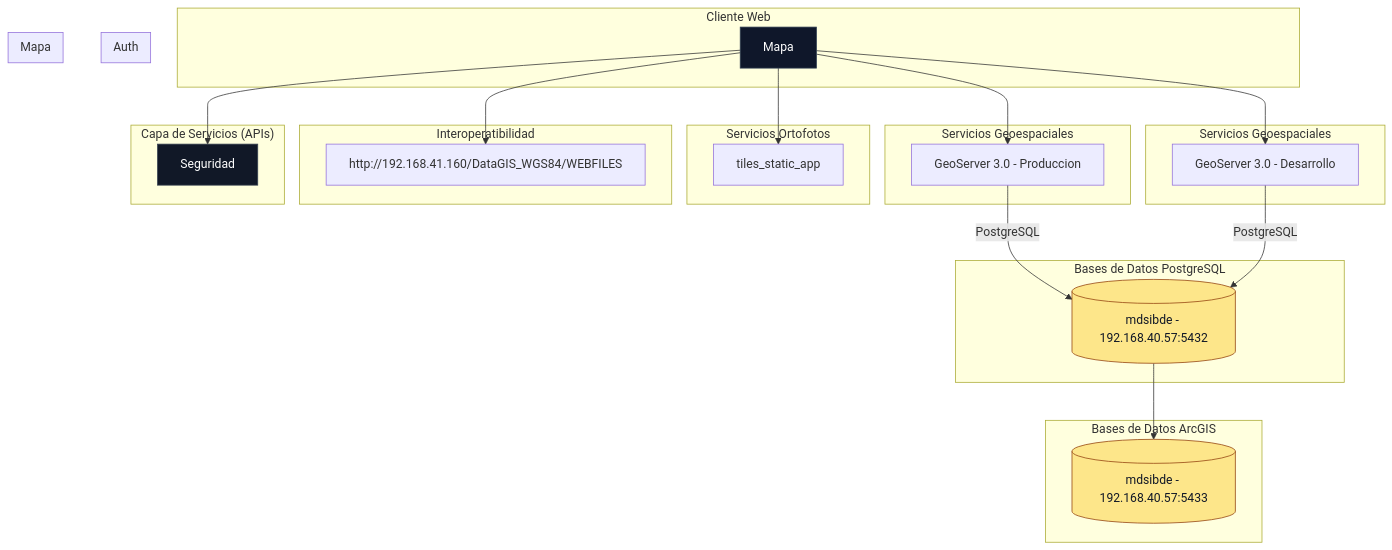
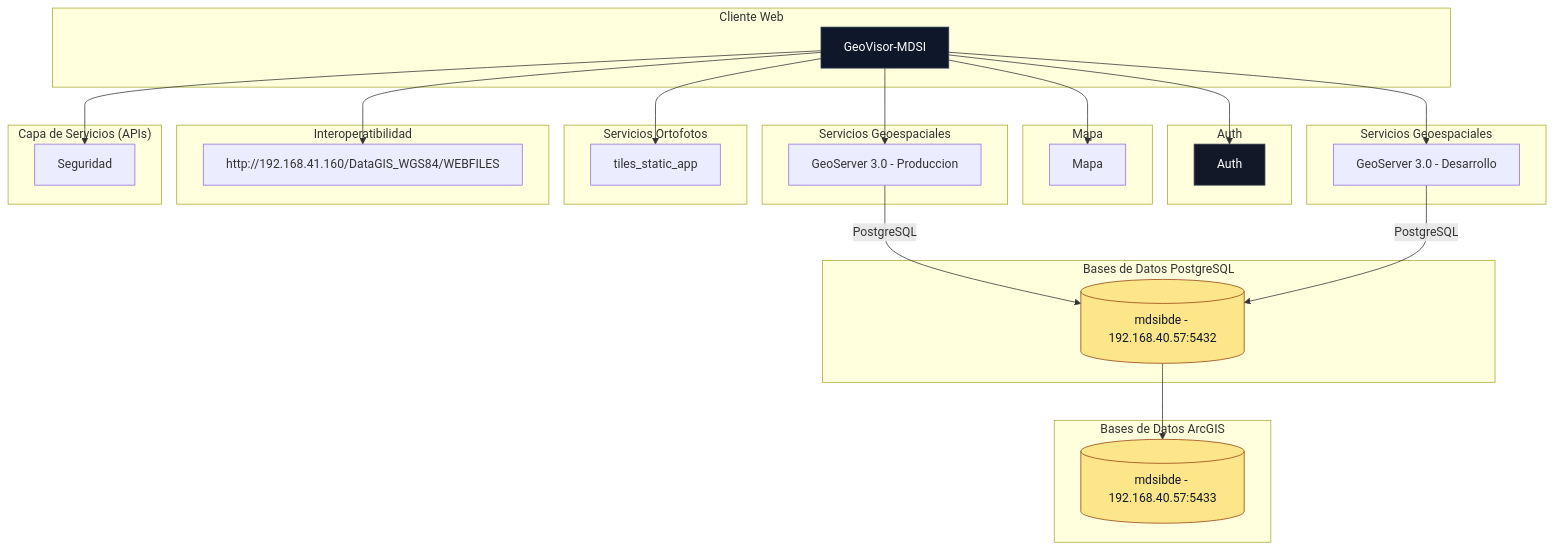
The diagram in README.md (mdsigeovisor/geovisormdsi), drawn with Mermaid before and after one commit.

````diff
--- a/README.md
+++ b/README.md
@@ -14,71 +14,73 @@
 ```mermaid
 graph TB
   %% =========================
   %% COMPONENTES
   %% =========================
   subgraph "Cliente Web"
     FRONT[GeoVisor-MDSI]
   end 
 
   subgraph "Auth"
-    FRONT[Auth]
+    AUTH[Auth]
   end
 
   subgraph "Mapa"
-    FRONT[Mapa]
+    MAPA[Mapa]
   end
 
   subgraph "Bases de Datos PostgreSQL"
     DB1[(mdsibde - 192.168.40.57:5432)]
   end
 
   subgraph "Bases de Datos ArcGIS"
     DB2[(mdsibde - 192.168.40.57:5433)]
   end
   
   subgraph "Servicios Geoespaciales"
     GEOSERVER_PROD[GeoServer 3.0 - Produccion]
   end
 
   subgraph "Servicios Geoespaciales"
     GEOSERVER_DEV[GeoServer 3.0 - Desarrollo]
   end
 
   subgraph "Servicios Ortofotos"
     ORTOFOTOS[tiles_static_app]
   end
 
   subgraph "Interoperatibilidad"
     INTER[http://192.168.41.160/DataGIS_WGS84/WEBFILES]
   end
 
   subgraph "Capa de Servicios (APIs)"
-    AUTH[Seguridad]
+    SEGURIDAD[Seguridad]
   end  
 
   %% =========================
   %% RELACIONES
   %% =========================
   FRONT --> AUTH
+  FRONT --> MAPA
+  FRONT --> SEGURIDAD
   FRONT --> GEOSERVER_PROD
   FRONT --> GEOSERVER_DEV
   FRONT --> ORTOFOTOS
   FRONT --> INTER
   DB1 --> DB2
   
   GEOSERVER_PROD -- "PostgreSQL" --> DB1
   GEOSERVER_DEV -- "PostgreSQL" --> DB1
   
 
   %% =========================
   %% ESTILOS
   %% =========================
   classDef front fill:#0f172a,stroke:#334155,stroke-width:1px,color:#fff;
   classDef service fill:#111827,stroke:#374151,stroke-width:1px,color:#fff;
   classDef db fill:#fde68a,stroke:#92400e,stroke-width:1px,color:#111827;
 
   class FRONT front;
   class AUTH,GEOSERVER service;
   class DB1 db;
   class DB2 db;
 ```
````
